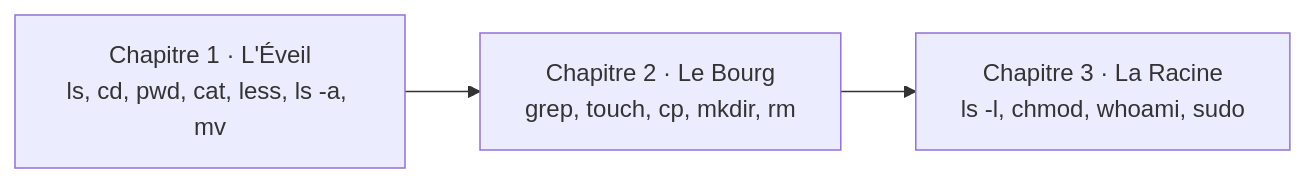
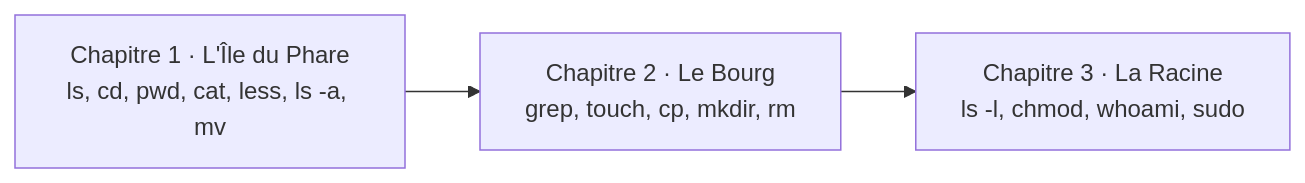
The diagram in docs/scenarios/terminus.md (Rouages-du-net/rouages.net), drawn with Mermaid before and after one commit. The commit also changed other lines of this file and 4 other files, not shown here.

````diff
--- a/docs/scenarios/terminus.md
+++ b/docs/scenarios/terminus.md
@@ -72,5 +75,5 @@
 ```mermaid
 flowchart LR
-  C1["Chapitre 1 · L'Éveil<br/>ls, cd, pwd, cat, less, ls -a, mv"] --> C2["Chapitre 2 · Le Bourg<br/>grep, touch, cp, mkdir, rm"]
+  C1["Chapitre 1 · L'Île du Phare<br/>ls, cd, pwd, cat, less, ls -a, mv"] --> C2["Chapitre 2 · Le Bourg<br/>grep, touch, cp, mkdir, rm"]
   C2 --> C3["Chapitre 3 · La Racine<br/>ls -l, chmod, whoami, sudo"]
 ```
````
